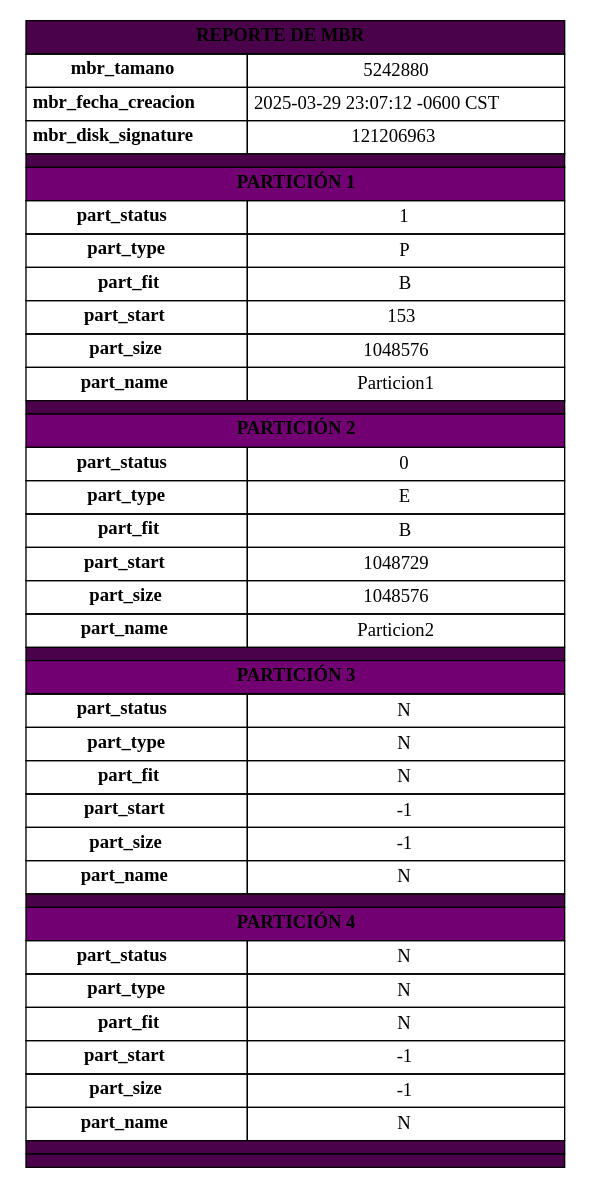
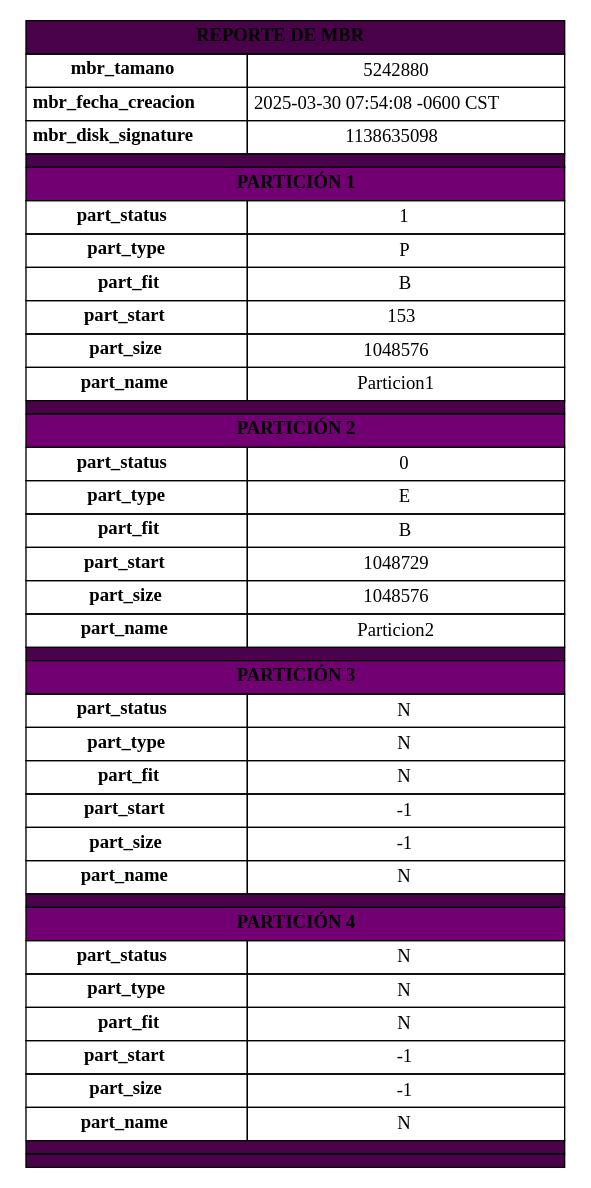
One commit to Brandon22023/MIA_1S2025_P1_202300813 changed the diagram in output/report_mbr.dot. Above: the diagram before and after it, drawn with Graphviz. The commit also changed 9 other files, not shown here.

```diff
--- a/output/report_mbr.dot
+++ b/output/report_mbr.dot
@@ -1,164 +1,164 @@
 digraph G {
 		node [shape=plaintext]
 		tabla [label=<
 			<table border="0" cellborder="1" cellspacing="0" cellpadding="4" style="rounded; font-family:Arial; font-size:12px;">
 				<!-- Encabezado principal -->
 				<tr>
 					<td colspan="2" bgcolor="#4A024A" style="color:white; font-size:16px; padding:8px; border-top-left-radius:8px; border-top-right-radius:8px;">
 						<b>REPORTE DE MBR</b>
 					</td>
 				</tr>
 				
 				<!-- Datos del MBR -->
 				<tr bgcolor="#EAD3EA">
 					<td><b>mbr_tamano</b></td>
 					<td>5242880</td>
 				</tr>
 				<tr>
 					<td><b>mbr_fecha_creacion</b></td>
-					<td>2025-03-29 23:07:12 -0600 CST</td>
+					<td>2025-03-30 07:54:08 -0600 CST</td>
 				</tr>
 				<tr bgcolor="#EAD3EA">
 					<td><b>mbr_disk_signature</b></td>
-					<td>121206963</td>
+					<td>1138635098</td>
 				</tr>
 				
 				<!-- Separador visual -->
 				<tr><td colspan="2" height="4" bgcolor="#4A024A"></td></tr>
             <!-- Partición 1 -->
             <tr>
                 <td colspan="2" bgcolor="#720072" style="color:white; font-size:14px; padding:6px;">
                     <b>PARTICIÓN 1</b>
                 </td>
             </tr>
             <tr bgcolor="#F5D0F5">
                 <td><b>part_status</b></td>
                 <td>1</td>
             </tr>
             <tr>
                 <td><b>part_type</b></td>
                 <td>P</td>
             </tr>
             <tr bgcolor="#F5D0F5">
                 <td><b>part_fit</b></td>
                 <td>B</td>
             </tr>
             <tr>
                 <td><b>part_start</b></td>
                 <td>153</td>
             </tr>
             <tr bgcolor="#F5D0F5">
                 <td><b>part_size</b></td>
                 <td>1048576</td>
             </tr>
             <tr>
                 <td><b>part_name</b></td>
                 <td>Particion1</td>
             </tr>
             
             <!-- Separador visual entre particiones -->
             <tr><td colspan="2" height="4" bgcolor="#4A024A"></td></tr>
             <!-- Partición 2 -->
             <tr>
                 <td colspan="2" bgcolor="#720072" style="color:white; font-size:14px; padding:6px;">
                     <b>PARTICIÓN 2</b>
                 </td>
             </tr>
             <tr bgcolor="#F5D0F5">
                 <td><b>part_status</b></td>
                 <td>0</td>
             </tr>
             <tr>
                 <td><b>part_type</b></td>
                 <td>E</td>
             </tr>
             <tr bgcolor="#F5D0F5">
                 <td><b>part_fit</b></td>
                 <td>B</td>
             </tr>
             <tr>
                 <td><b>part_start</b></td>
                 <td>1048729</td>
             </tr>
             <tr bgcolor="#F5D0F5">
                 <td><b>part_size</b></td>
                 <td>1048576</td>
             </tr>
             <tr>
                 <td><b>part_name</b></td>
                 <td>Particion2</td>
             </tr>
             
             <!-- Separador visual entre particiones -->
             <tr><td colspan="2" height="4" bgcolor="#4A024A"></td></tr>
             <!-- Partición 3 -->
             <tr>
                 <td colspan="2" bgcolor="#720072" style="color:white; font-size:14px; padding:6px;">
                     <b>PARTICIÓN 3</b>
                 </td>
             </tr>
             <tr bgcolor="#F5D0F5">
                 <td><b>part_status</b></td>
                 <td>N</td>
             </tr>
             <tr>
                 <td><b>part_type</b></td>
                 <td>N</td>
             </tr>
             <tr bgcolor="#F5D0F5">
                 <td><b>part_fit</b></td>
                 <td>N</td>
             </tr>
             <tr>
                 <td><b>part_start</b></td>
                 <td>-1</td>
             </tr>
             <tr bgcolor="#F5D0F5">
                 <td><b>part_size</b></td>
                 <td>-1</td>
             </tr>
             <tr>
                 <td><b>part_name</b></td>
                 <td>N</td>
             </tr>
             
             <!-- Separador visual entre particiones -->
             <tr><td colspan="2" height="4" bgcolor="#4A024A"></td></tr>
             <!-- Partición 4 -->
             <tr>
                 <td colspan="2" bgcolor="#720072" style="color:white; font-size:14px; padding:6px;">
                     <b>PARTICIÓN 4</b>
                 </td>
             </tr>
             <tr bgcolor="#F5D0F5">
                 <td><b>part_status</b></td>
                 <td>N</td>
             </tr>
             <tr>
                 <td><b>part_type</b></td>
                 <td>N</td>
             </tr>
             <tr bgcolor="#F5D0F5">
                 <td><b>part_fit</b></td>
                 <td>N</td>
             </tr>
             <tr>
                 <td><b>part_start</b></td>
                 <td>-1</td>
             </tr>
             <tr bgcolor="#F5D0F5">
                 <td><b>part_size</b></td>
                 <td>-1</td>
             </tr>
             <tr>
                 <td><b>part_name</b></td>
                 <td>N</td>
             </tr>
             
             <!-- Separador visual entre particiones -->
             <tr><td colspan="2" height="4" bgcolor="#4A024A"></td></tr>
 	<!-- Pie de tabla -->
 	<tr>
 		<td colspan="2" bgcolor="#4A024A" style="border-bottom-left-radius:8px; border-bottom-right-radius:8px; height:4px;"></td>
 	</tr>
 	</table>>] }"
```
